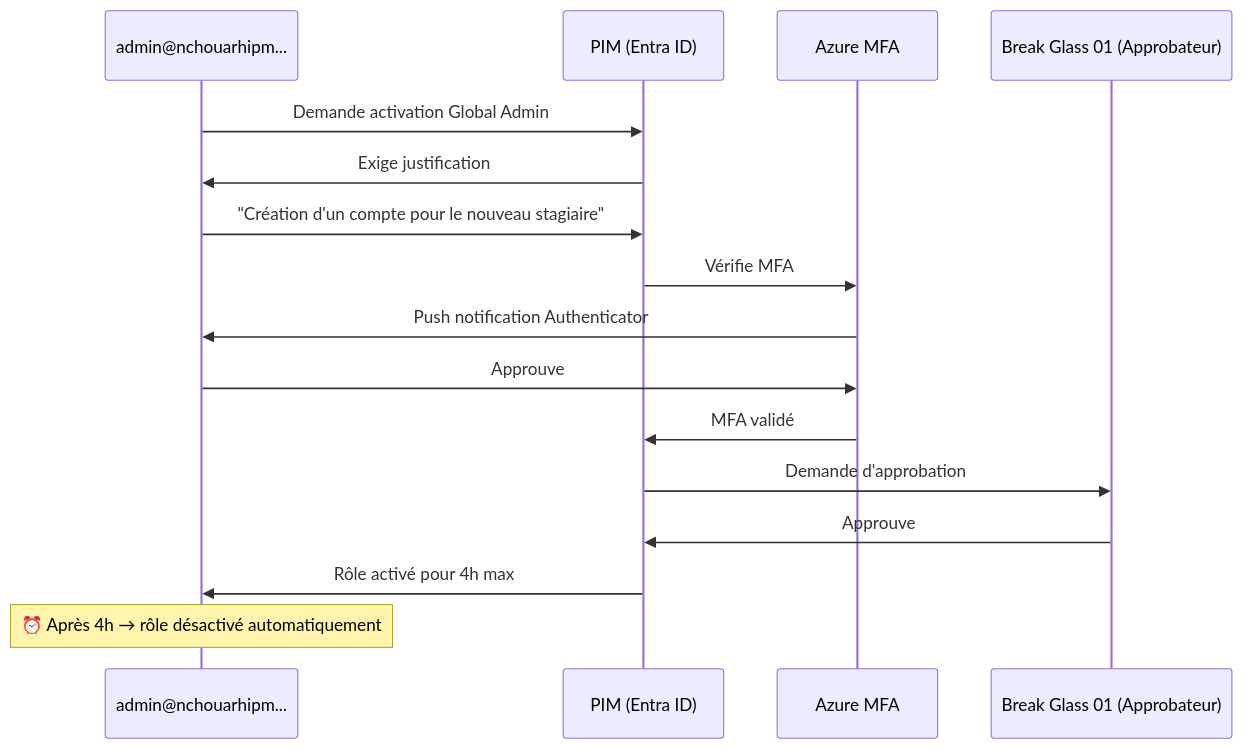
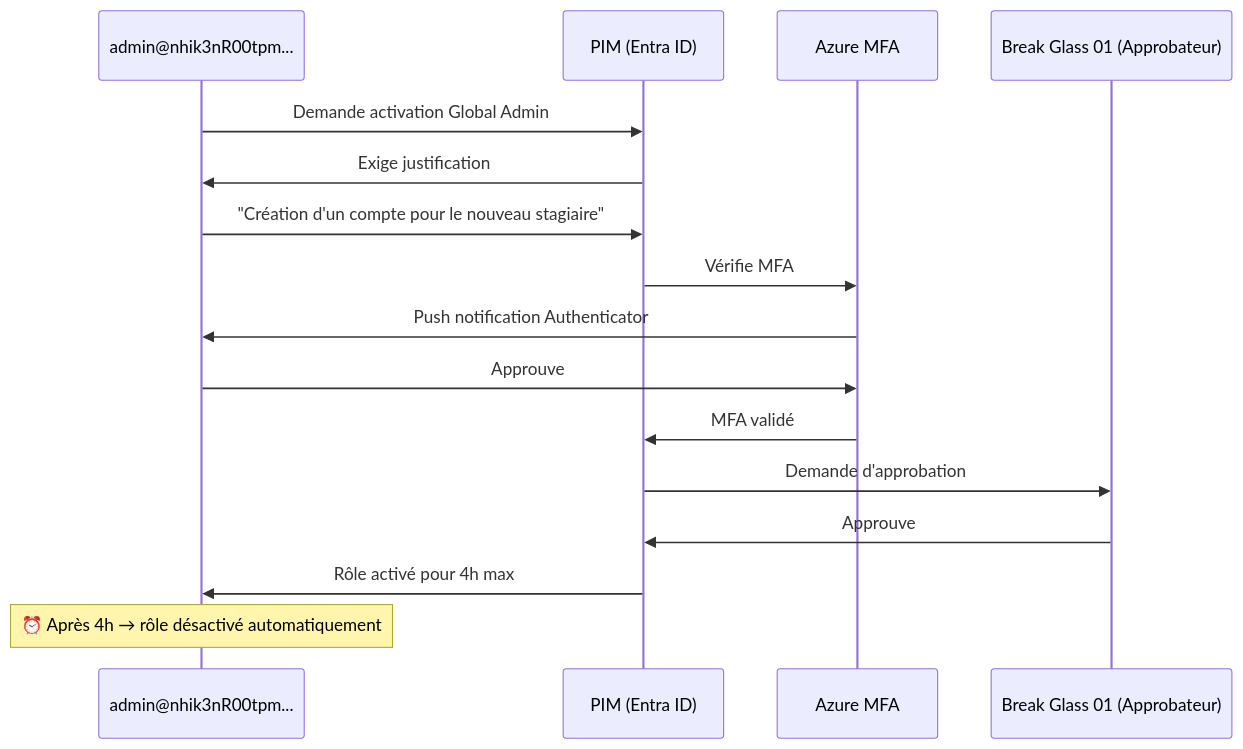
The second of 2 diagrams in docs/labs/identity-lab/bloc2-entra-hybrid/SC-ID-014-pim.md (hikenroot/hikenroot-forge), drawn with Mermaid before and after one commit. The commit also changed other lines of this file and 42 other files, not shown here.

````diff
--- a/docs/labs/identity-lab/bloc2-entra-hybrid/SC-ID-014-pim.md
+++ b/docs/labs/identity-lab/bloc2-entra-hybrid/SC-ID-014-pim.md
@@ -73,19 +73,19 @@
 ```mermaid
 sequenceDiagram
-    participant Admin as admin@nchouarhipm...
+    participant Admin as admin@nhik3nR00tpm...
     participant PIM as PIM (Entra ID)
     participant MFA as Azure MFA
     participant BG01 as Break Glass 01 (Approbateur)
 
     Admin->>PIM: Demande activation Global Admin
     PIM->>Admin: Exige justification
     Admin->>PIM: "Création d'un compte pour le nouveau stagiaire"
     PIM->>MFA: Vérifie MFA
     MFA->>Admin: Push notification Authenticator
     Admin->>MFA: Approuve
     MFA->>PIM: MFA validé
     PIM->>BG01: Demande d'approbation
     BG01->>PIM: Approuve
     PIM->>Admin: Rôle activé pour 4h max
     Note over Admin: ⏰ Après 4h → rôle désactivé automatiquement
 ```
````
